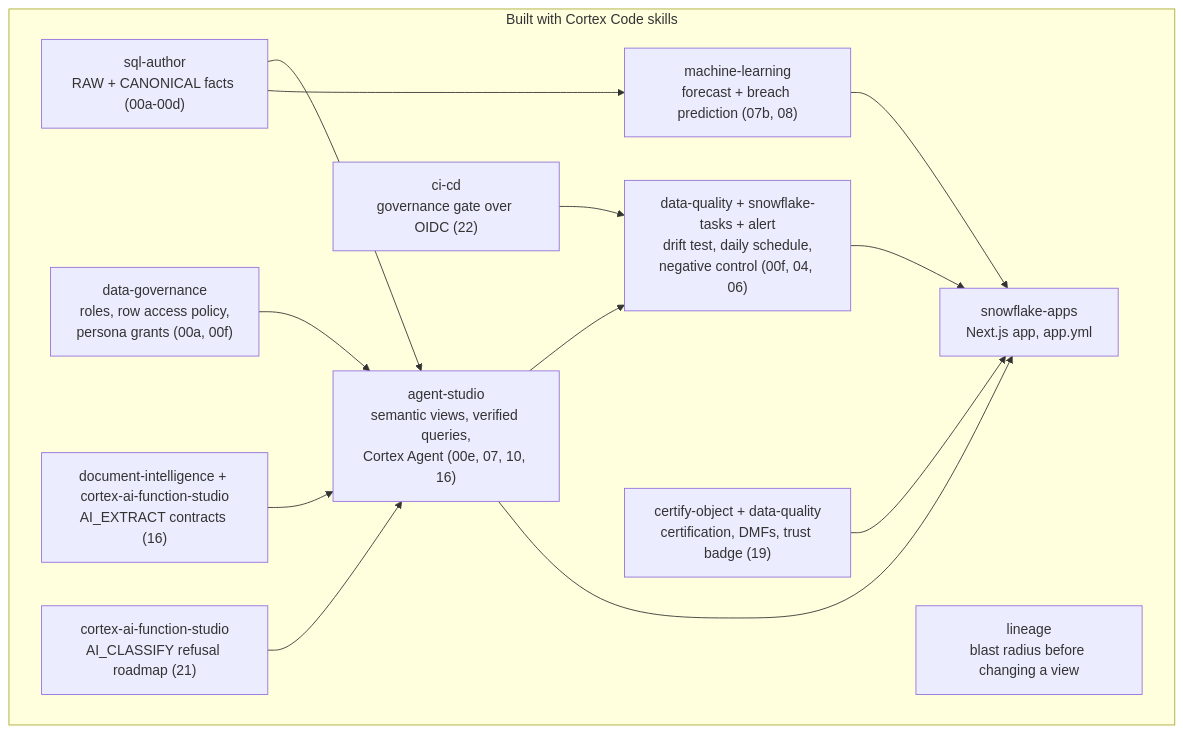
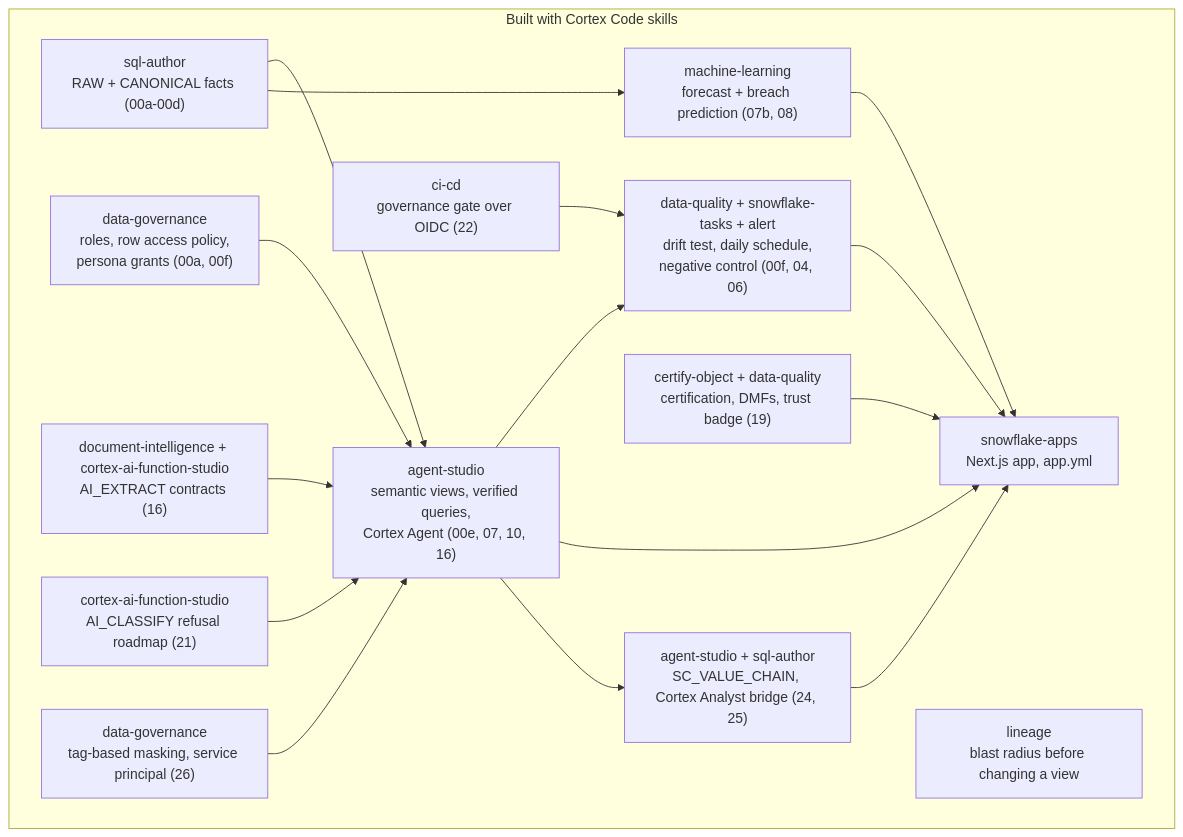
The third of 3 diagrams in README.md (mahanteshimath/sc-ontology-app), drawn with Mermaid before and after one commit. The commit also changed other lines of this file and 43 other files, not shown here.

Commit message:
Add Cortex Analyst bridge, one-click personas, SQL guard, value-chain and source-spread views, tour page, and polish

````diff
--- a/README.md
+++ b/README.md
@@ -465,27 +469,32 @@
 ```mermaid
 flowchart TB
   subgraph build [Built with Cortex Code skills]
     K1["sql-author<br/>RAW + CANONICAL facts (00a-00d)"]
     K2["agent-studio<br/>semantic views, verified queries,<br/>Cortex Agent (00e, 07, 10, 16)"]
     K3["data-governance<br/>roles, row access policy,<br/>persona grants (00a, 00f)"]
     K4["data-quality + snowflake-tasks + alert<br/>drift test, daily schedule,<br/>negative control (00f, 04, 06)"]
     K5["machine-learning<br/>forecast + breach prediction (07b, 08)"]
     K6["document-intelligence + cortex-ai-function-studio<br/>AI_EXTRACT contracts (16)"]
     K7["lineage<br/>blast radius before changing a view"]
     K8["snowflake-apps<br/>Next.js app, app.yml"]
     K9["certify-object + data-quality<br/>certification, DMFs, trust badge (19)"]
     K10["cortex-ai-function-studio<br/>AI_CLASSIFY refusal roadmap (21)"]
     K11["ci-cd<br/>governance gate over OIDC (22)"]
+    K12["agent-studio + sql-author<br/>SC_VALUE_CHAIN, Cortex Analyst bridge (24, 25)"]
+    K13["data-governance<br/>tag-based masking, service principal (26)"]
   end
   K1 --> K2
   K3 --> K2
   K2 --> K4
   K1 --> K5
   K6 --> K2
   K2 --> K8
   K4 --> K8
   K5 --> K8
   K9 --> K8
   K10 --> K2
   K11 --> K4
+  K12 --> K8
+  K2 --> K12
+  K13 --> K2
 ```
````
